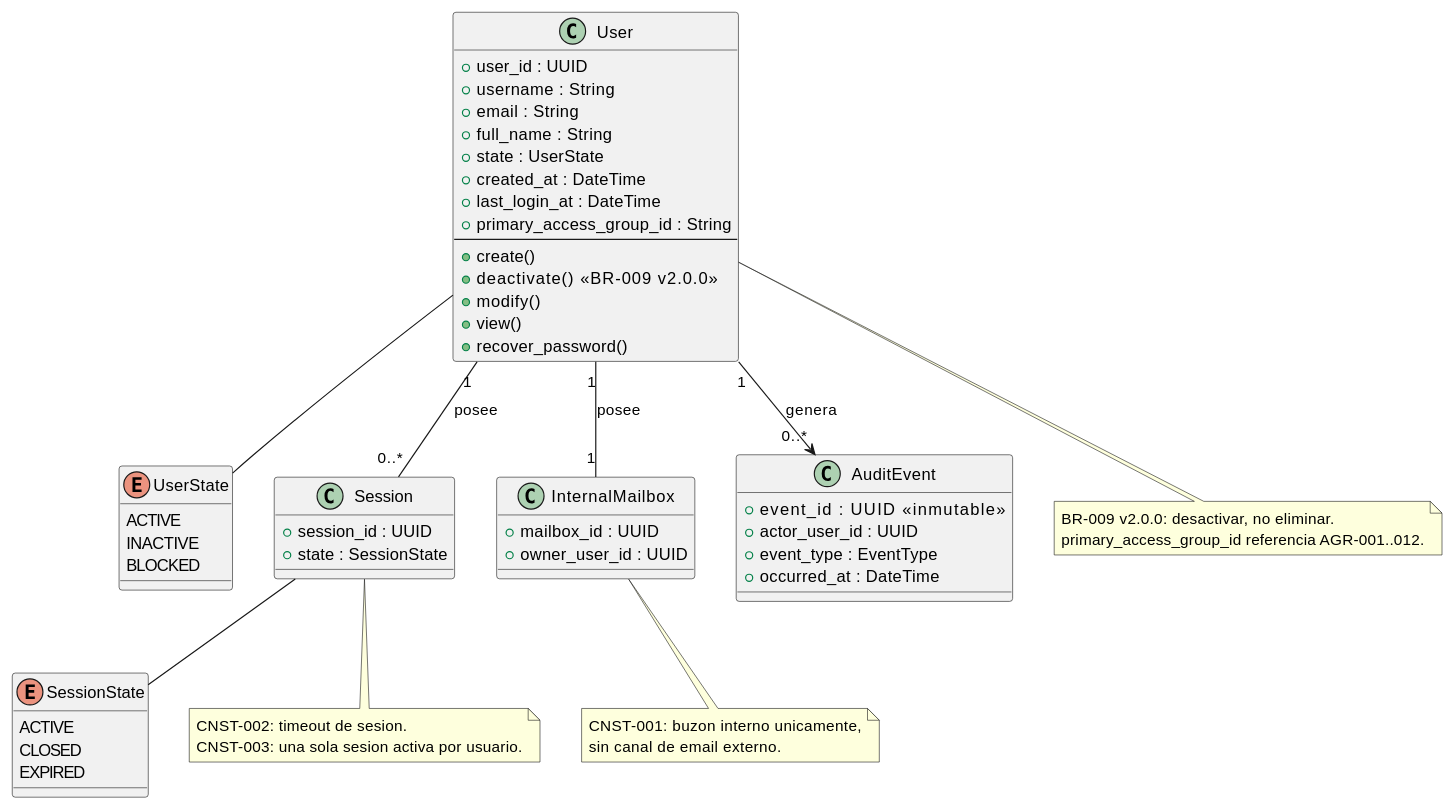
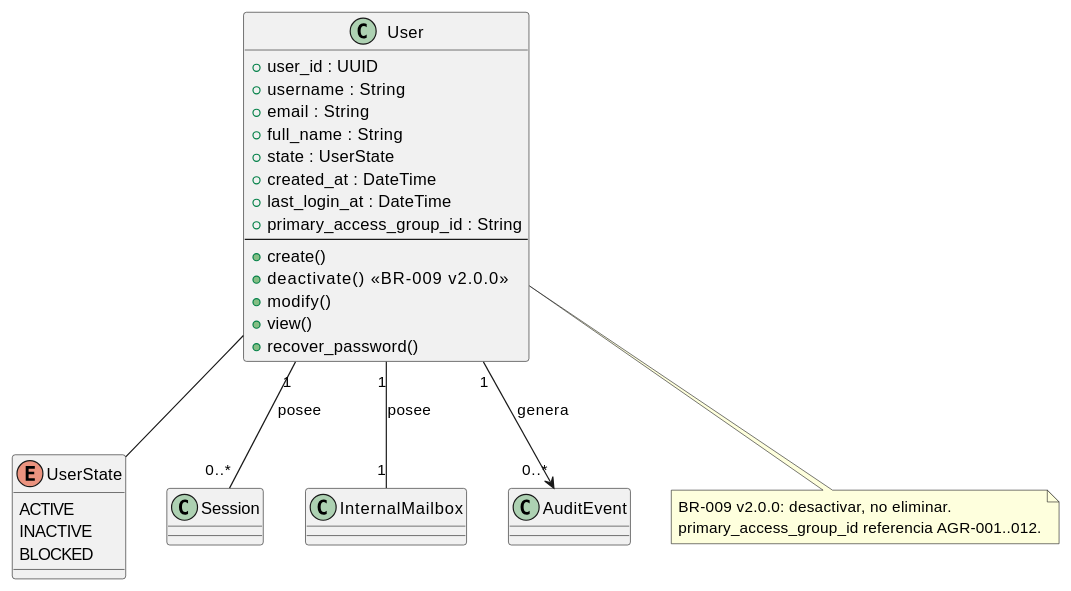
The diagram in source/arquitectura-tecnica/domain-model/user.rst (jcg-admin/IACT-docs), drawn with PlantUML before and after one commit. The commit also changed other lines of this file, not shown here.

Commit message:
Fix user.rst — one class per file, no stubs (v1.3.0)
Previous version (v1.2.0) added AuditEvent as a stub class inside
user.rst, contradicting the one-class-per-file rule of domain-model/.
Also Session and InternalMailbox were already declared as stubs.

Removed all stub class declarations. PlantUML renders referenced
classes (Session, InternalMailbox, AuditEvent) as empty boxes from
their names alone — no need to redeclare attributes. Each class's
full definition lives exclusively in its own domain-model file.

user.rst now contains only: class User + enum UserState + arrows.

```diff
--- a/source/arquitectura-tecnica/domain-model/user.rst
+++ b/source/arquitectura-tecnica/domain-model/user.rst
@@ -25,73 +25,39 @@
 .. uml::
  :caption: Clase User — entidad de identidad del sistema IACT.
 
  @startuml
 
  class User {
    + user_id : UUID
    + username : String
    + email : String
    + full_name : String
    + state : UserState
    + created_at : DateTime
    + last_login_at : DateTime
    + primary_access_group_id : String
    --
    + create()
    + deactivate()       <<BR-009 v2.0.0>>
    + modify()
    + view()
    + recover_password()
  }
 
  enum UserState {
    ACTIVE
    INACTIVE
    BLOCKED
  }
 
- class Session {
-   + session_id : UUID
-   + state : SessionState
- }
-
- class InternalMailbox {
-   + mailbox_id : UUID
-   + owner_user_id : UUID
- }
-
- class AuditEvent {
-   + event_id : UUID       <<inmutable>>
-   + actor_user_id : UUID
-   + event_type : EventType
-   + occurred_at : DateTime
- }
-
- enum SessionState {
-   ACTIVE
-   CLOSED
-   EXPIRED
- }
-
  User -- UserState
- User "1" -- "0..*" Session            : posee
- User "1" -- "1"    InternalMailbox    : posee
- User "1" --> "0..*" AuditEvent        : genera
- Session -- SessionState
+ User "1" -- "0..*" Session         : posee
+ User "1" -- "1"    InternalMailbox : posee
+ User "1" --> "0..*" AuditEvent     : genera
 
  note bottom of User
    BR-009 v2.0.0: desactivar, no eliminar.
    primary_access_group_id referencia AGR-001..012.
  end note
 
- note bottom of Session
-   CNST-002: timeout de sesion.
-   CNST-003: una sola sesion activa por usuario.
- end note
-
- note bottom of InternalMailbox
-   CNST-001: buzon interno unicamente,
-   sin canal de email externo.
- end note
-
  @enduml
```
